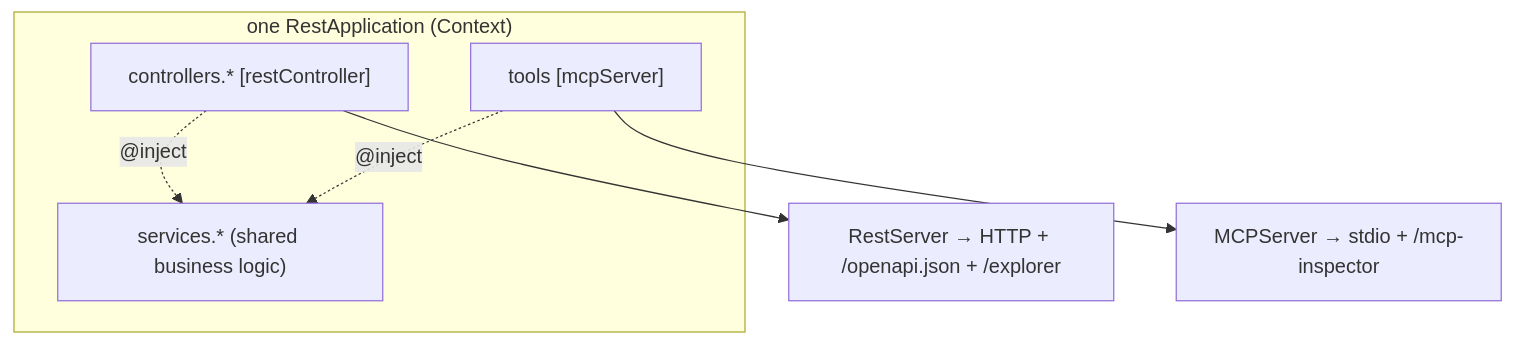
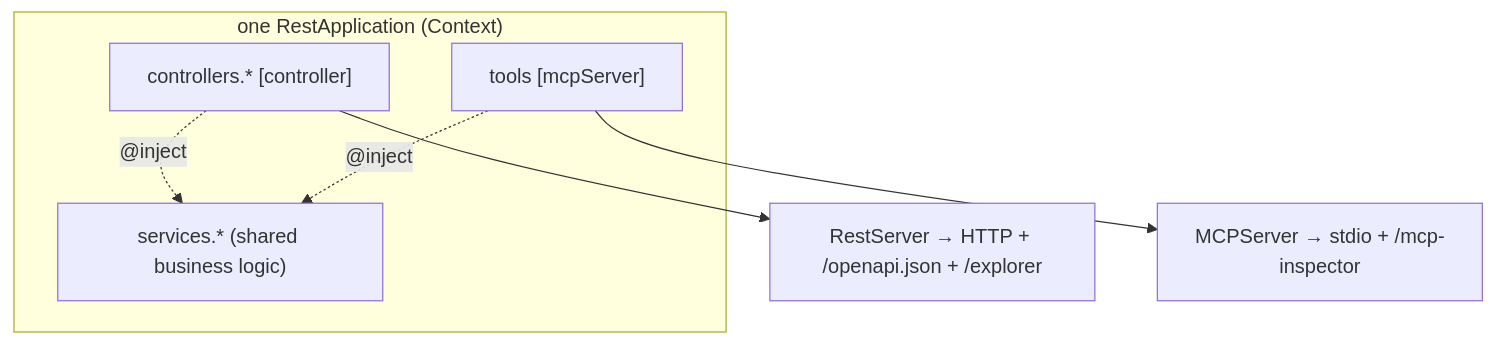
Before and after one commit to ninemindai/agentback: the diagram in docs/guides/build-a-hybrid-app.md, drawn with Mermaid. The commit also changed other lines of this file and 17 other files, not shown here.

````diff
--- a/docs/guides/build-a-hybrid-app.md
+++ b/docs/guides/build-a-hybrid-app.md
@@ -34,12 +34,12 @@
 ```mermaid
 graph TD
   subgraph App["one RestApplication (Context)"]
     Svc["services.* (shared business logic)"]
-    Ctl["controllers.* [restController]"]
+    Ctl["controllers.* [controller]"]
     Tool["tools [mcpServer]"]
   end
   Ctl --> RS["RestServer → HTTP + /openapi.json + /explorer"]
   Tool --> MS["MCPServer → stdio + /mcp-inspector"]
   Ctl -.@inject.-> Svc
   Tool -.@inject.-> Svc
 ```
````
